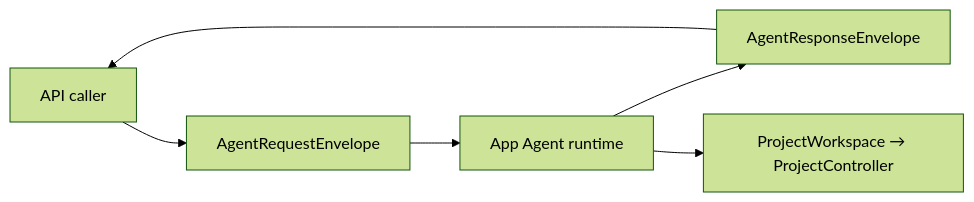
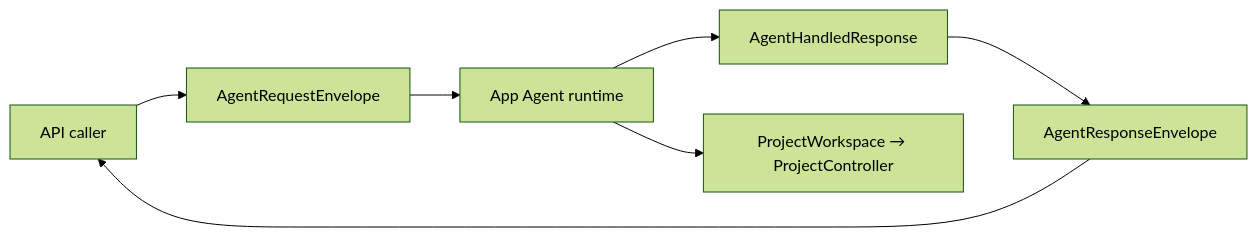
The first of 2 diagrams in RupaKit/Sources/RupaAgentProtocol/DESIGN.md (1amageek/Rupa), drawn with Mermaid (forest theme) before and after one commit. The commit also changed other lines of this file and 72 other files, not shown here.

````diff
--- a/RupaKit/Sources/RupaAgentProtocol/DESIGN.md
+++ b/RupaKit/Sources/RupaAgentProtocol/DESIGN.md
@@ -32,8 +34,9 @@
 ```mermaid
 flowchart LR
     Caller["API caller"] --> Request["AgentRequestEnvelope"]
     Request --> Runtime["App Agent runtime"]
-    Runtime --> Response["AgentResponseEnvelope"]
+    Runtime --> Handled["AgentHandledResponse"]
+    Handled --> Response["AgentResponseEnvelope"]
     Response --> Caller
     Runtime --> Project["ProjectWorkspace → ProjectController"]
 ```
````
